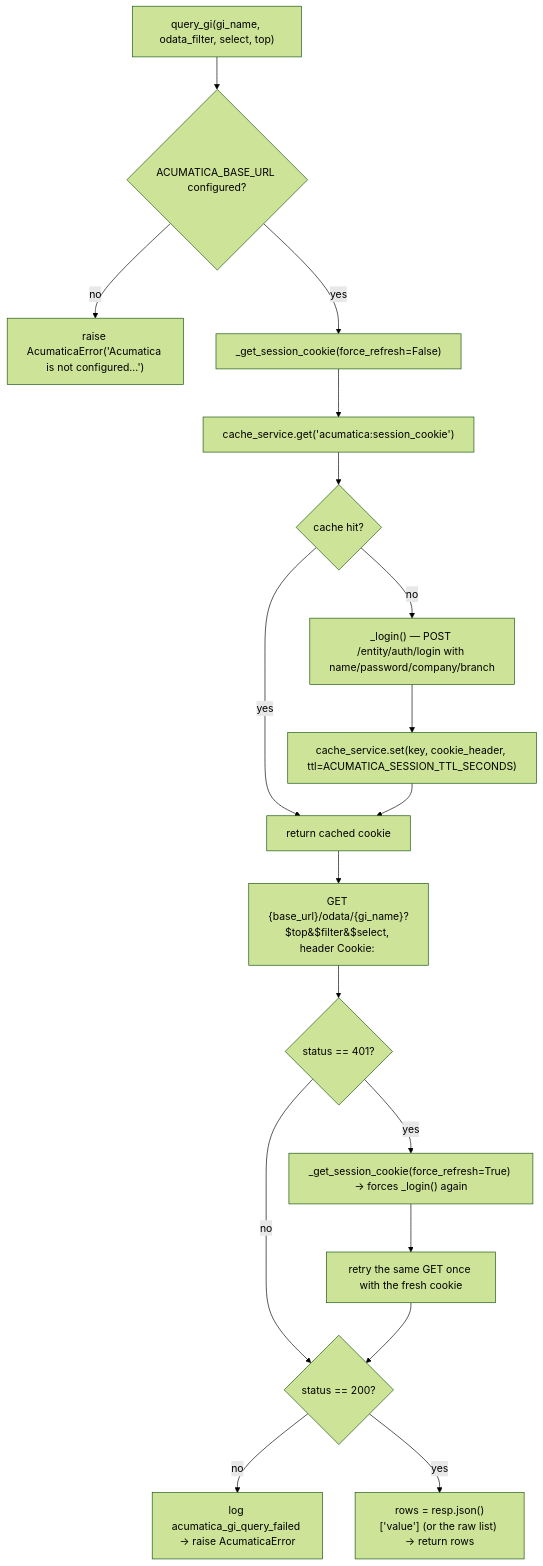
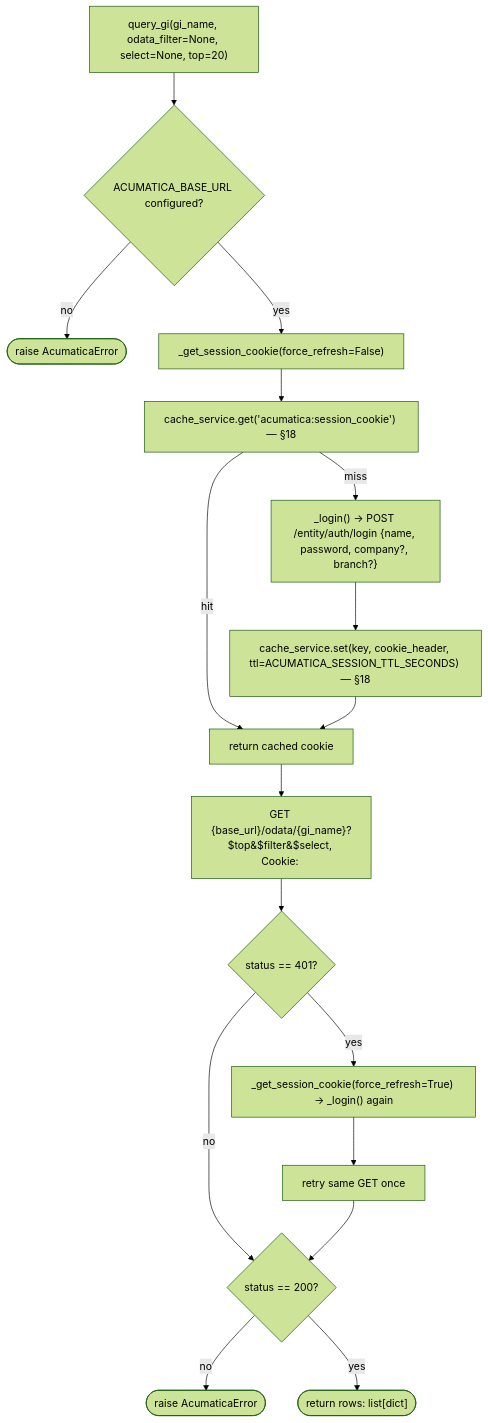
One commit to yashwilk/Craster_ChatBot changed diagram 15 of 18 in dataflow.md. Above: the diagram before and after it, drawn with Mermaid (forest theme). The commit also changed other lines of this file, not shown here.

````diff
--- a/dataflow.md
+++ b/dataflow.md
@@ -401,20 +489,19 @@
 ```mermaid
 flowchart TD
-    A["query_gi(gi_name, odata_filter, select, top)"] --> B{"ACUMATICA_BASE_URL configured?"}
-    B -- no --> B1["raise AcumaticaError('Acumatica is not configured...')"]
+    A["query_gi(gi_name, odata_filter=None, select=None, top=20)"] --> B{"ACUMATICA_BASE_URL configured?"}
+    B -- no --> B1(["raise AcumaticaError"])
     B -- yes --> C["_get_session_cookie(force_refresh=False)"]
-    C --> D["cache_service.get('acumatica:session_cookie')"]
-    D --> E{"cache hit?"}
-    E -- yes --> F["return cached cookie"]
-    E -- no --> G["_login() — POST /entity/auth/login with name/password/company/branch"]
-    G --> H["cache_service.set(key, cookie_header, ttl=ACUMATICA_SESSION_TTL_SECONDS)"]
-    H --> F
-    F --> I["GET {base_url}/odata/{gi_name}?$top&$filter&$select, header Cookie: <cookie>"]
-    I --> J{"status == 401?"}
-    J -- yes --> K["_get_session_cookie(force_refresh=True) → forces _login() again"]
-    K --> L["retry the same GET once with the fresh cookie"]
-    J -- no --> M
-    L --> M{"status == 200?"}
-    M -- no --> M1["log acumatica_gi_query_failed → raise AcumaticaError"]
-    M -- yes --> N["rows = resp.json()['value'] (or the raw list) → return rows"]
+    C --> D["cache_service.get('acumatica:session_cookie') — §18"]
+    D -->|hit| E["return cached cookie"]
+    D -->|miss| F["_login() → POST /entity/auth/login {name, password, company?, branch?}"]
+    F --> G["cache_service.set(key, cookie_header, ttl=ACUMATICA_SESSION_TTL_SECONDS) — §18"]
+    G --> E
+    E --> H["GET {base_url}/odata/{gi_name}?$top&$filter&$select, Cookie: <cookie>"]
+    H --> I{"status == 401?"}
+    I -- yes --> J["_get_session_cookie(force_refresh=True) → _login() again"]
+    J --> K["retry same GET once"]
+    I -- no --> L
+    K --> L{"status == 200?"}
+    L -- no --> L1(["raise AcumaticaError"])
+    L -- yes --> M(["return rows: list[dict]"])
 ```
````
